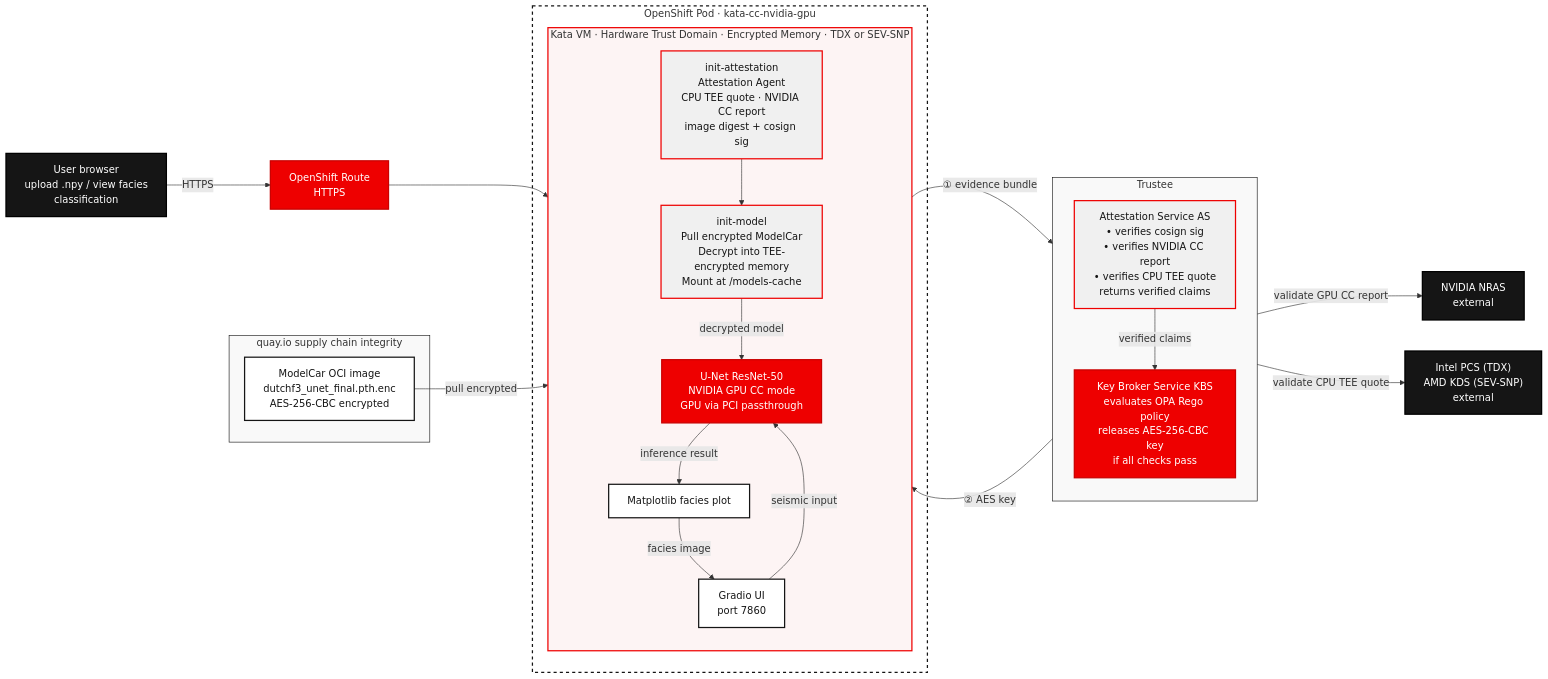
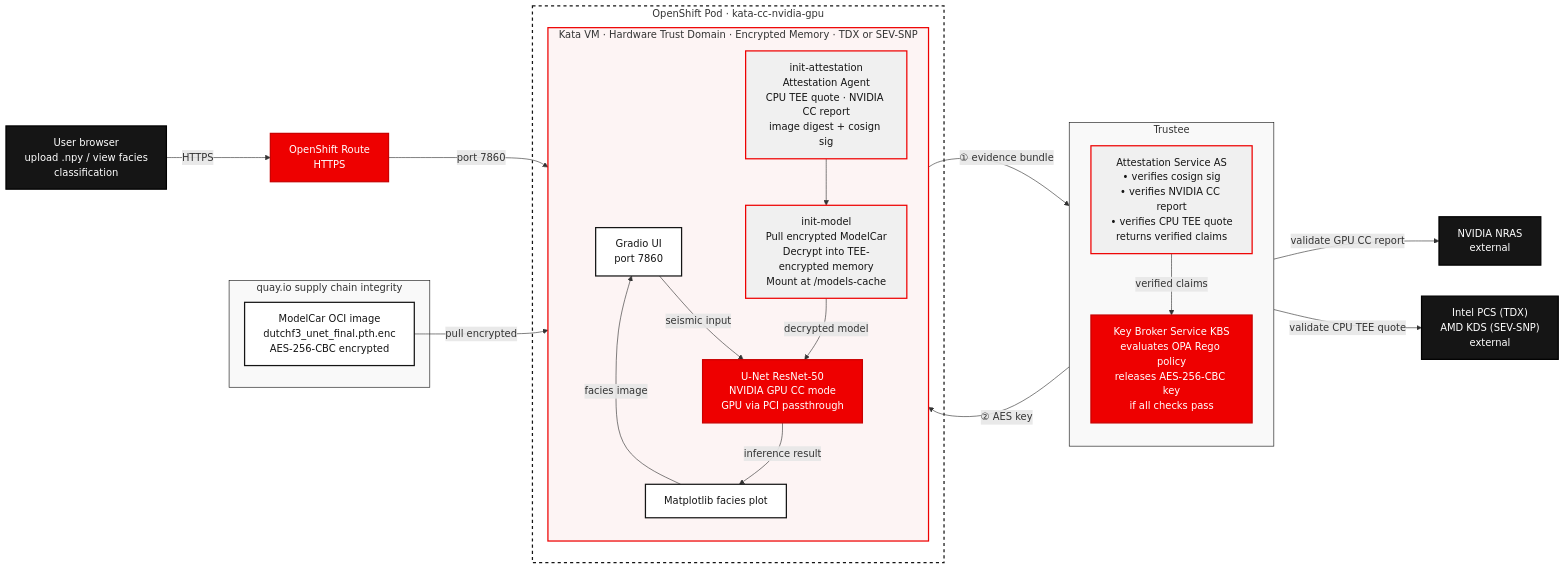
Before and after one commit to lkatalin/confidential-gpu-accelerated-seismic-interpretation: the second of 2 diagrams in README.md, drawn with Mermaid.

````diff
--- a/README.md
+++ b/README.md
@@ -175,53 +175,53 @@
 ```mermaid
 flowchart LR
     classDef default fill:#F0F0F0,stroke:#EE0000,stroke-width:2px,color:#151515;
     classDef rhRed fill:#EE0000,stroke:#C90000,stroke-width:2px,color:#FFFFFF;
     classDef rhBlack fill:#151515,stroke:#000000,stroke-width:2px,color:#FFFFFF;
     classDef rhOutline fill:#FFFFFF,stroke:#151515,stroke-width:2px,color:#151515;
 
     Browser["User browser\nupload .npy / view facies\nclassification"]:::rhBlack
     Route["OpenShift Route\nHTTPS"]:::rhRed
     Browser -->|HTTPS| Route
 
     subgraph Quay["quay.io  supply chain integrity"]
         ModelCar["ModelCar OCI image\ndutchf3_unet_final.pth.enc\nAES-256-CBC encrypted"]:::rhOutline
     end
 
     subgraph Trustee["Trustee"]
         direction TB
         ASVerify["Attestation Service AS\n• verifies cosign sig\n• verifies NVIDIA CC report\n• verifies CPU TEE quote\nreturns verified claims"]:::default
         KBSPolicy["Key Broker Service KBS\nevaluates OPA Rego policy\nreleases AES-256-CBC key\nif all checks pass"]:::rhRed
         ASVerify -->|verified claims| KBSPolicy
     end
 
     NRAS["NVIDIA NRAS\nexternal"]:::rhBlack
     PCS["Intel PCS (TDX)\nAMD KDS (SEV-SNP)\nexternal"]:::rhBlack
     ASVerify -->|validate GPU CC report| NRAS
     ASVerify -->|validate CPU TEE quote| PCS
 
     subgraph Pod["OpenShift Pod · kata-cc-nvidia-gpu"]
         subgraph TEE["Kata VM · Hardware Trust Domain · Encrypted Memory · TDX or SEV-SNP"]
             direction TB
-            Agent["init-attestation\nAttestation Agent\nCPU TEE quote · NVIDIA CC report\nimage digest + cosign sig"]:::default
-            ModelPull["init-model\nPull encrypted ModelCar\nDecrypt into TEE-encrypted memory\nMount at /models-cache"]:::default
             Gradio["Gradio UI\nport 7860"]:::rhOutline
             UNet["U-Net ResNet-50\nNVIDIA GPU CC mode\nGPU via PCI passthrough"]:::rhRed
             Plot["Matplotlib facies plot"]:::rhOutline
-            Agent --> ModelPull
-            ModelPull -->|decrypted model| UNet
+            Agent["init-attestation\nAttestation Agent\nCPU TEE quote · NVIDIA CC report\nimage digest + cosign sig"]:::default
+            ModelPull["init-model\nPull encrypted ModelCar\nDecrypt into TEE-encrypted memory\nMount at /models-cache"]:::default
             Gradio -->|seismic input| UNet
             UNet -->|inference result| Plot
             Plot -->|facies image| Gradio
+            Agent --> ModelPull
+            ModelPull -->|decrypted model| UNet
         end
     end
 
-    Route --> Gradio
+    Route -->|port 7860| Gradio
     Agent -->|"① evidence bundle"| ASVerify
     KBSPolicy -->|"② AES key"| Agent
     ModelCar -->|pull encrypted| ModelPull
 
     style Pod fill:#ffffff,stroke:#151515,stroke-width:2px,stroke-dasharray: 5 5
     style TEE fill:#fdf4f4,stroke:#EE0000,stroke-width:2px
     style Trustee fill:#f9f9f9,stroke:#151515,stroke-width:1px
     style Quay fill:#f9f9f9,stroke:#151515,stroke-width:1px
 ```
````
